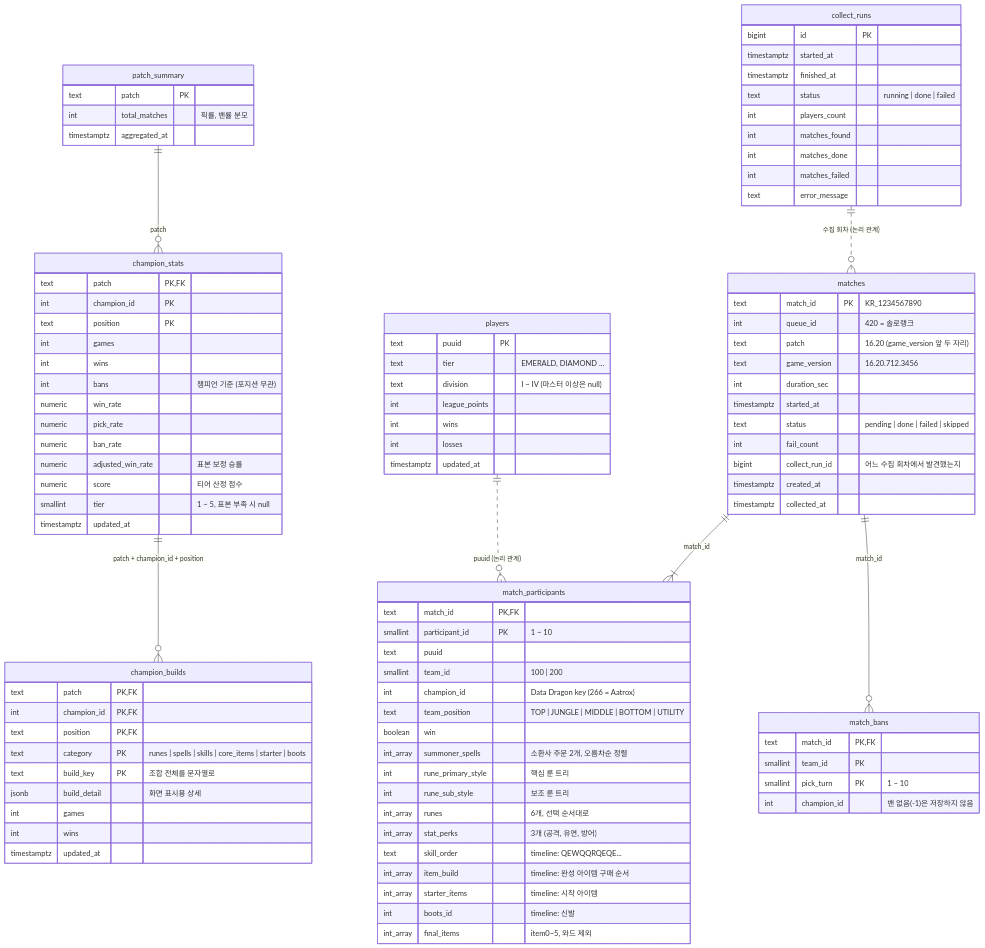
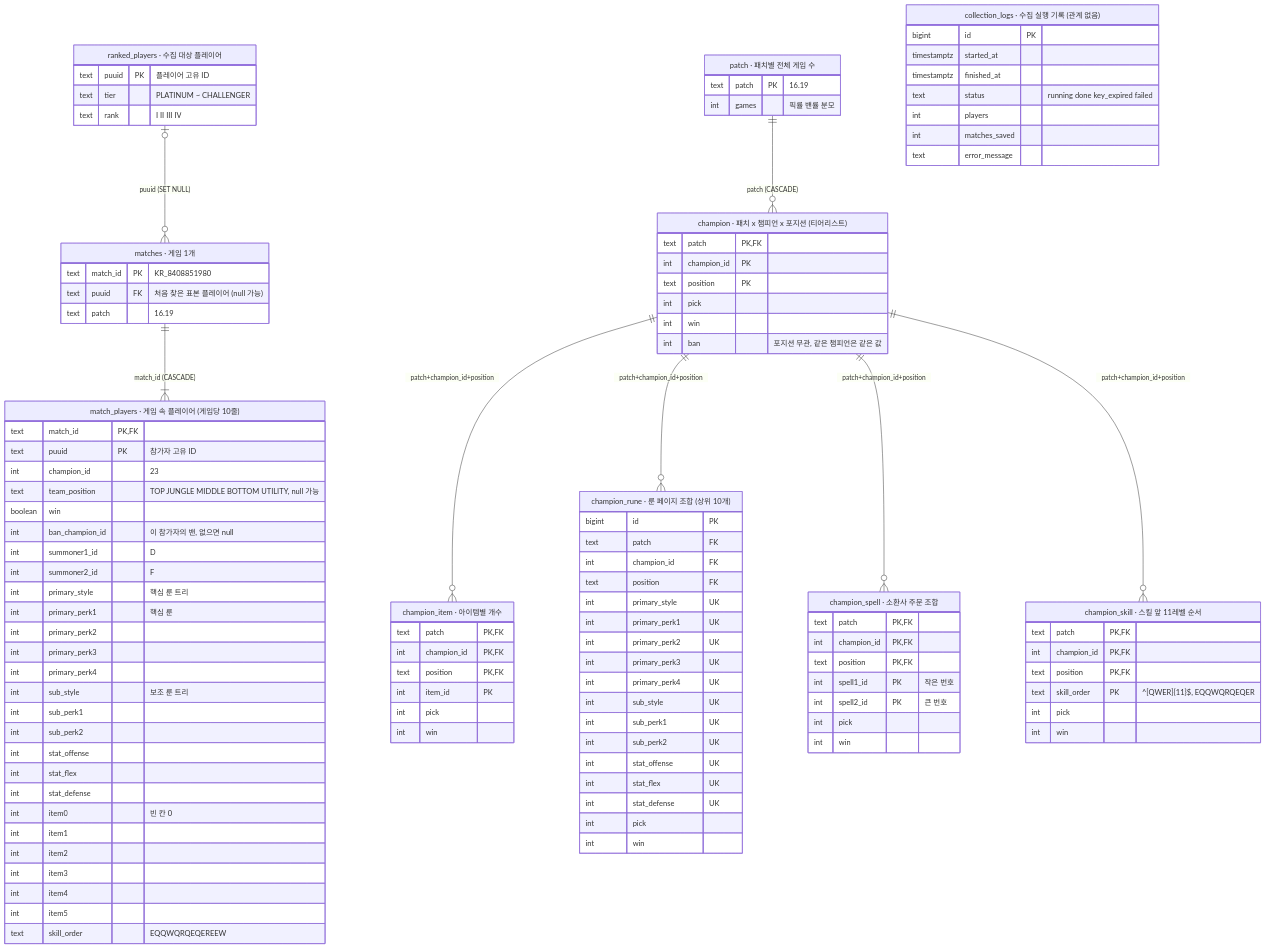
Before and after one commit to Choisiz/Tier.GG: the diagram in docs/contracts/db_contract.md, drawn with Mermaid. The commit also changed other lines of this file and 27 other files, not shown here.

````diff
--- a/docs/contracts/db_contract.md
+++ b/docs/contracts/db_contract.md
@@ -15,106 +136,123 @@
 ```mermaid
 erDiagram
-    players ||..o{ match_participants : "puuid (논리 관계)"
-    matches ||--|{ match_participants : "match_id"
-    matches ||--o{ match_bans : "match_id"
-    patch_summary ||--o{ champion_stats : "patch"
-    champion_stats ||--o{ champion_builds : "patch + champion_id + position"
-    collect_runs ||..o{ matches : "수집 회차 (논리 관계)"
+    ranked_players |o--o{ matches : "puuid (SET NULL)"
+    matches ||--|{ match_players : "match_id (CASCADE)"
+    patch ||--o{ champion : "patch (CASCADE)"
+    champion ||--o{ champion_item : "patch+champion_id+position"
+    champion ||--o{ champion_rune : "patch+champion_id+position"
+    champion ||--o{ champion_spell : "patch+champion_id+position"
+    champion ||--o{ champion_skill : "patch+champion_id+position"
 
-    players {
-        text puuid PK
-        text tier "EMERALD, DIAMOND ..."
-        text division "I ~ IV (마스터 이상은 null)"
-        int league_points
-        int wins
-        int losses
-        timestamptz updated_at
+    ranked_players["ranked_players · 수집 대상 플레이어"] {
+        text puuid PK "플레이어 고유 ID"
+        text tier "PLATINUM ~ CHALLENGER"
+        text rank "I II III IV"
     }
 
-    matches {
-        text match_id PK "KR_1234567890"
-        int queue_id "420 = 솔로랭크"
-        text patch "16.20 (game_version 앞 두 자리)"
-        text game_version "16.20.712.3456"
-        int duration_sec
-        timestamptz started_at
-        text status "pending | done | failed | skipped"
-        int fail_count
-        bigint collect_run_id "어느 수집 회차에서 발견했는지"
-        timestamptz created_at
-        timestamptz collected_at
+    matches["matches · 게임 1개"] {
+        text match_id PK "KR_8408851980"
+        text puuid FK "처음 찾은 표본 플레이어 (null 가능)"
+        text patch "16.19"
     }
 
-    match_participants {
-        text match_id PK, FK
-        smallint participant_id PK "1 ~ 10"
-        text puuid
-        smallint team_id "100 | 200"
-        int champion_id "Data Dragon key (266 = Aatrox)"
-        text team_position "TOP | JUNGLE | MIDDLE | BOTTOM | UTILITY"
+    match_players["match_players · 게임 속 플레이어 (게임당 10줄)"] {
+        text match_id PK,FK
+        text puuid PK "참가자 고유 ID"
+        int champion_id "23"
+        text team_position "TOP JUNGLE MIDDLE BOTTOM UTILITY, null 가능"
         boolean win
-        int_array summoner_spells "소환사 주문 2개, 오름차순 정렬"
-        int rune_primary_style "핵심 룬 트리"
-        int rune_sub_style "보조 룬 트리"
-        int_array runes "6개, 선택 순서대로"
-        int_array stat_perks "3개 (공격, 유연, 방어)"
-        text skill_order "timeline: QEWQQRQEQE..."
-        int_array item_build "timeline: 완성 아이템 구매 순서"
-        int_array starter_items "timeline: 시작 아이템"
-        int boots_id "timeline: 신발"
-        int_array final_items "item0~5, 와드 제외"
+        int ban_champion_id "이 참가자의 밴, 없으면 null"
+        int summoner1_id "D"
+        int summoner2_id "F"
+        int primary_style "핵심 룬 트리"
+        int primary_perk1 "핵심 룬"
+        int primary_perk2
+        int primary_perk3
+        int primary_perk4
+        int sub_style "보조 룬 트리"
+        int sub_perk1
+        int sub_perk2
+        int stat_offense
+        int stat_flex
+        int stat_defense
+        int item0 "빈 칸 0"
+        int item1
+        int item2
+        int item3
+        int item4
+        int item5
+        text skill_order "EQQWQRQEQEREEW"
     }
 
-    match_bans {
-        text match_id PK, FK
-        smallint team_id PK
-        smallint pick_turn PK "1 ~ 10"
-        int champion_id "밴 없음(-1)은 저장하지 않음"
+    patch["patch · 패치별 전체 게임 수"] {
+        text patch PK "16.19"
+        int games "픽률 밴률 분모"
     }
 
-    patch_summary {
-        text patch PK
-        int total_matches "픽률, 밴률 분모"
-        timestamptz aggregated_at
+    champion["champion · 패치 x 챔피언 x 포지션 (티어리스트)"] {
+        text patch PK,FK
+        int champion_id PK
+        text position PK
+        int pick
+        int win
+        int ban "포지션 무관, 같은 챔피언은 같은 값"
     }
 
-    champion_stats {
-        text patch PK, FK
-        int champion_id PK
-        text position PK
-        int games
-        int wins
-        int bans "챔피언 기준 (포지션 무관)"
-        numeric win_rate
-        numeric pick_rate
-        numeric ban_rate
-        numeric adjusted_win_rate "표본 보정 승률"
-        numeric score "티어 산정 점수"
-        smallint tier "1 ~ 5, 표본 부족 시 null"
-        timestamptz updated_at
+    champion_item["champion_item · 아이템별 개수"] {
+        text patch PK,FK
+        int champion_id PK,FK
+        text position PK,FK
+        int item_id PK
+        int pick
+        int win
     }
 
-    champion_builds {
-        text patch PK, FK
-        int champion_id PK, FK
-        text position PK, FK
-        text category PK "runes | spells | skills | core_items | starter | boots"
-        text build_key PK "조합 전체를 문자열로"
-        jsonb build_detail "화면 표시용 상세"
-        int games
-        int wins
-        timestamptz updated_at
+    champion_rune["champion_rune · 룬 페이지 조합 (상위 10개)"] {
+        bigint id PK
+        text patch FK
+        int champion_id FK
+        text position FK
+        int primary_style UK
+        int primary_perk1 UK
+        int primary_perk2 UK
+        int primary_perk3 UK
+        int primary_perk4 UK
+        int sub_style UK
+        int sub_perk1 UK
+        int sub_perk2 UK
+        int stat_offense UK
+        int stat_flex UK
+        int stat_defense UK
+        int pick
+        int win
     }
 
-    collect_runs {
+    champion_spell["champion_spell · 소환사 주문 조합"] {
+        text patch PK,FK
+        int champion_id PK,FK
+        text position PK,FK
+        int spell1_id PK "작은 번호"
+        int spell2_id PK "큰 번호"
+        int pick
+        int win
+    }
+
+    champion_skill["champion_skill · 스킬 앞 11레벨 순서"] {
+        text patch PK,FK
+        int champion_id PK,FK
+        text position PK,FK
+        text skill_order PK "^[QWER]{11}$, EQQWQRQEQER"
+        int pick
+        int win
+    }
+
+    collection_logs["collection_logs · 수집 실행 기록 (관계 없음)"] {
         bigint id PK
         timestamptz started_at
         timestamptz finished_at
-        text status "running | done | failed"
-        int players_count
-        int matches_found
-        int matches_done
-        int matches_failed
+        text status "running done key_expired failed"
+        int players
+        int matches_saved
         text error_message
     }
 ```
````
